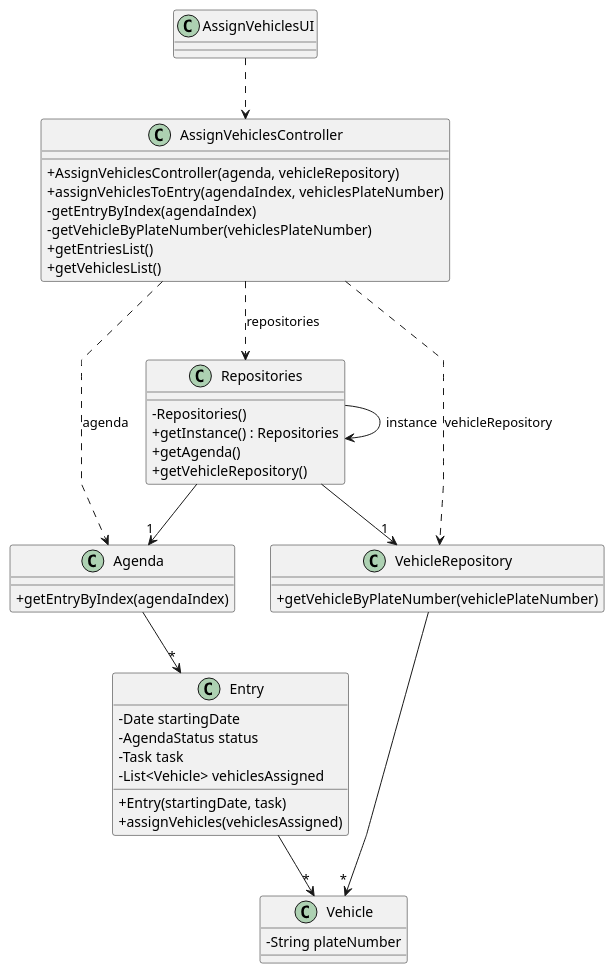
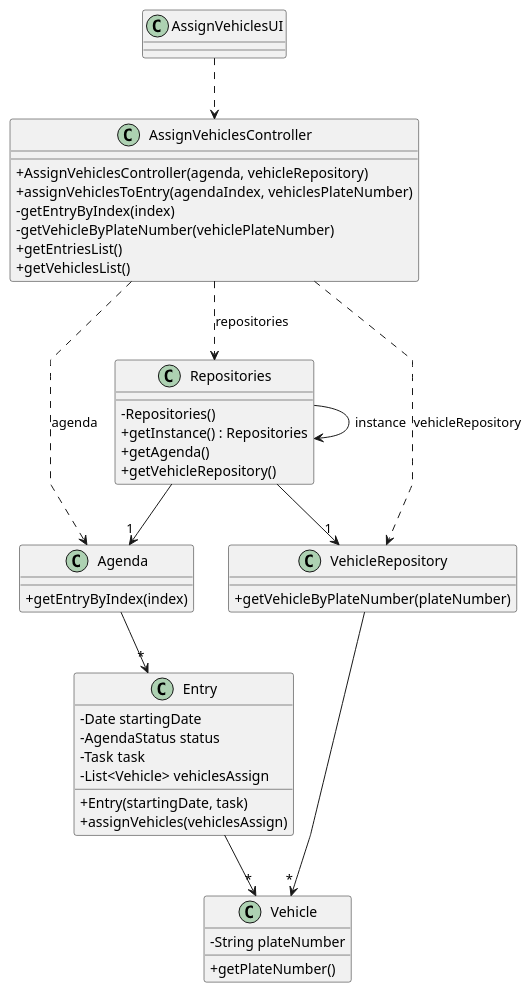
One commit to daniel41silva05/ISEP_2023_2024_LAPR2 changed the diagram in docs/sprintA&B&C/us026/03.design/puml/us026-class-diagram.puml. Above: the diagram before and after it, drawn with PlantUML. The commit also changed 5 other files, not shown here.

Commit message:
Update US26 - Requirements engineering + Domain Model + Class Diagram #12

```diff
--- a/docs/sprintA&B&C/us026/03.design/puml/us026-class-diagram.puml
+++ b/docs/sprintA&B&C/us026/03.design/puml/us026-class-diagram.puml
@@ -1,63 +1,64 @@
 @startuml
 'skinparam monochrome true
 skinparam packageStyle rectangle
 skinparam shadowing false
 skinparam linetype polyline
 'skinparam linetype orto
 
 skinparam classAttributeIconSize 0
 
 'left to right direction
 
 class AssignVehiclesUI {
 }
 
 class AssignVehiclesController {
     +AssignVehiclesController(agenda, vehicleRepository)
     +assignVehiclesToEntry(agendaIndex, vehiclesPlateNumber)
-    -getEntryByIndex(agendaIndex)
-    -getVehicleByPlateNumber(vehiclesPlateNumber)
+    -getEntryByIndex(index)
+    -getVehicleByPlateNumber(vehiclePlateNumber)
     +getEntriesList()
     +getVehiclesList()
 }
 
 class Agenda {
-    +getEntryByIndex(agendaIndex)
+    +getEntryByIndex(index)
 }
 
 class Entry {
     -Date startingDate
     -AgendaStatus status
     -Task task
-    -List<Vehicle> vehiclesAssigned
+    -List<Vehicle> vehiclesAssign
     +Entry(startingDate, task)
-    +assignVehicles(vehiclesAssigned)
+    +assignVehicles(vehiclesAssign)
 }
 
 class VehicleRepository {
-    +getVehicleByPlateNumber(vehiclePlateNumber)
+    +getVehicleByPlateNumber(plateNumber)
 }
 
 class Vehicle {
     -String plateNumber
+    +getPlateNumber()
 }
 
 class Repositories {
     - Repositories()
     + getInstance() : Repositories
     + getAgenda()
     + getVehicleRepository()
 }
 
 AssignVehiclesUI ..> AssignVehiclesController
 AssignVehiclesController ..> Repositories: repositories
 AssignVehiclesController ..> Agenda: agenda
 AssignVehiclesController ..> VehicleRepository: vehicleRepository
 Repositories --> Repositories: instance
 Repositories --> "1" Agenda
 Repositories --> "1" VehicleRepository
 Agenda --> "*" Entry
 VehicleRepository --> "*" Vehicle
 Entry --> "*" Vehicle
 
 @enduml
```
